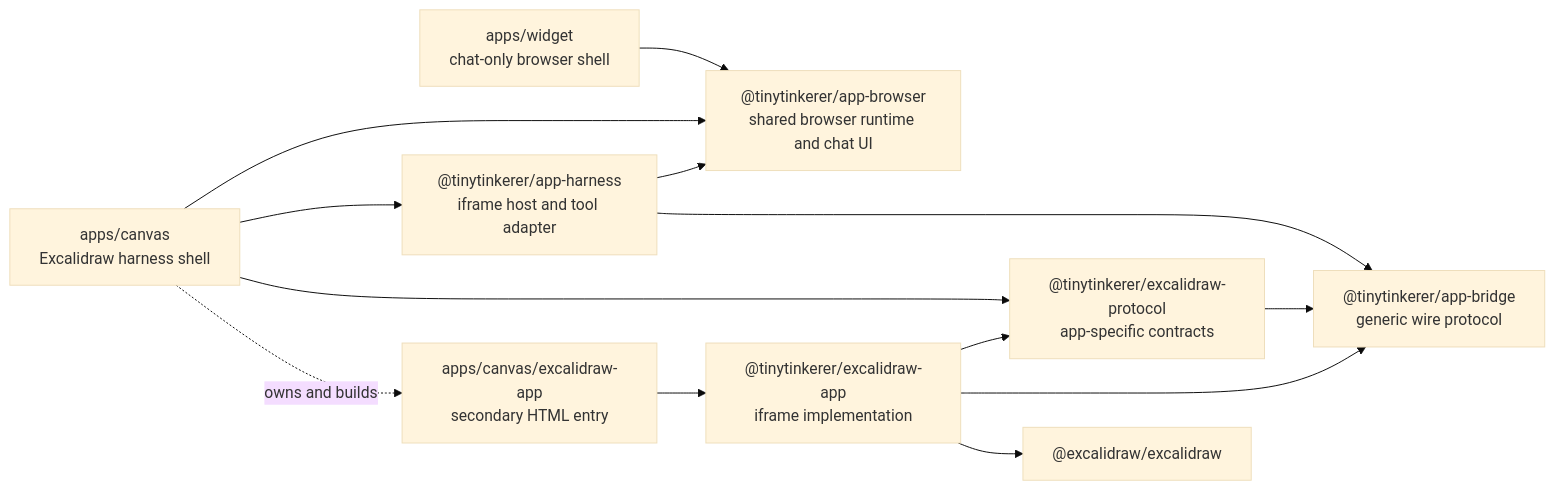
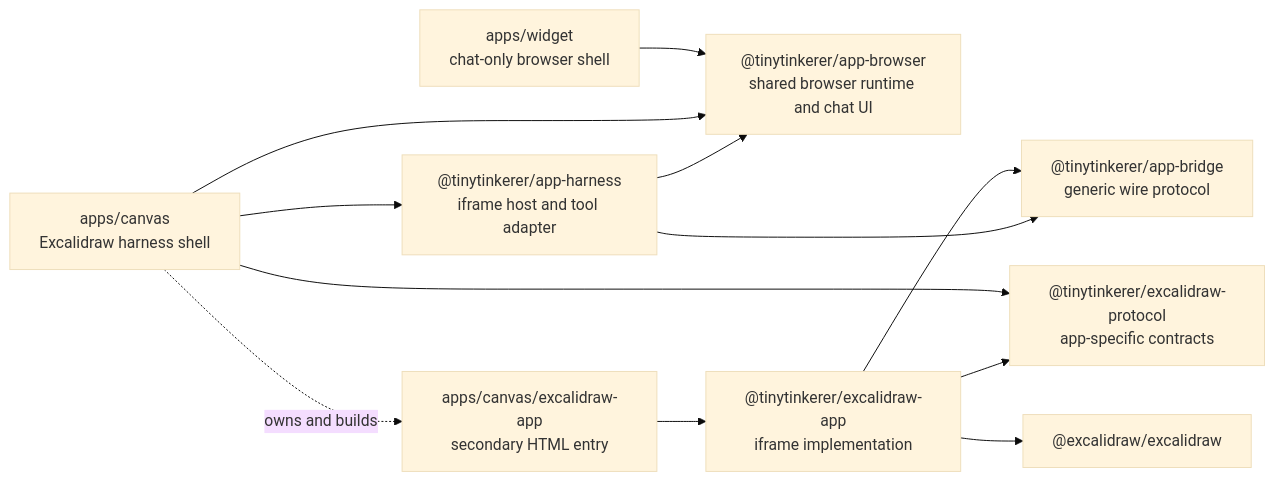
The first of 9 diagrams in docs/app-harness.md (NNTin/tinytinkerer), drawn with Mermaid (base theme) before and after one commit. The commit also changed other lines of this file and 24 other files, not shown here.

````diff
--- a/docs/app-harness.md
+++ b/docs/app-harness.md
@@ -32,29 +32,28 @@
 ```mermaid
 flowchart LR
   widget["apps/widget<br/>chat-only browser shell"]
   canvas["apps/canvas<br/>Excalidraw harness shell"]
   canvasEntry["apps/canvas/excalidraw-app<br/>secondary HTML entry"]
 
   browser["@tinytinkerer/app-browser<br/>shared browser runtime and chat UI"]
   harness["@tinytinkerer/app-harness<br/>iframe host and tool adapter"]
   protocol["@tinytinkerer/excalidraw-protocol<br/>app-specific contracts"]
   bridge["@tinytinkerer/app-bridge<br/>generic wire protocol"]
   excalidrawApp["@tinytinkerer/excalidraw-app<br/>iframe implementation"]
   excalidraw["@excalidraw/excalidraw"]
 
   widget --> browser
 
   canvas --> browser
   canvas --> harness
   canvas --> protocol
   canvas -. owns and builds .-> canvasEntry
 
   canvasEntry --> excalidrawApp
   excalidrawApp --> protocol
   excalidrawApp --> bridge
   excalidrawApp --> excalidraw
 
   harness --> browser
   harness --> bridge
-  protocol --> bridge
 ```
````
